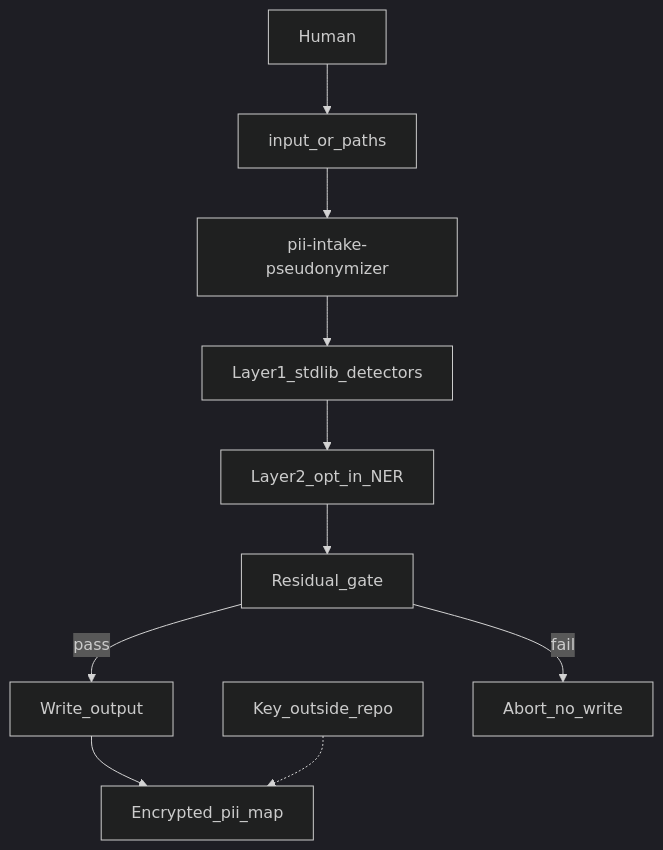
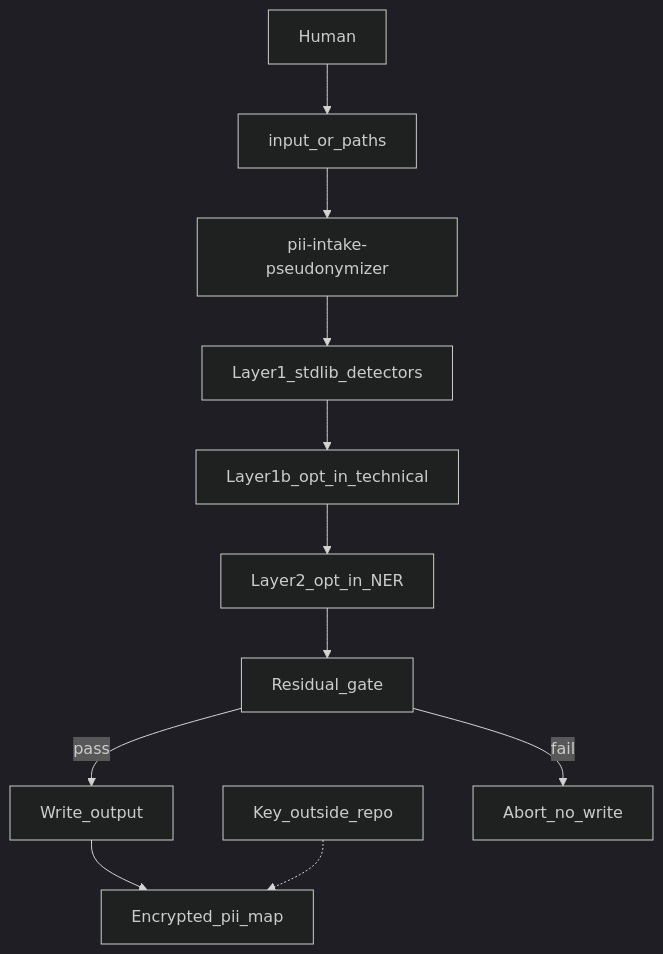
The diagram in docs/architecture/README.md (alkitect/pii-intake-pseudonymizer), drawn with Mermaid (dark theme) before and after one commit. The commit also changed other lines of this file and 10 other files, not shown here.

First line of the commit message:
docs(docs): document Layer 1b technical scrub and --also-technical

````diff
--- a/docs/architecture/README.md
+++ b/docs/architecture/README.md
@@ -17,19 +17,20 @@
 ```mermaid
 flowchart TB
   human[Human]
   input[input_or_paths]
   cli[pii-intake-pseudonymizer]
   layer1[Layer1_stdlib_detectors]
+  layer1b[Layer1b_opt_in_technical]
   layer2[Layer2_opt_in_NER]
   residual[Residual_gate]
   write[Write_output]
   map[Encrypted_pii_map]
   key[Key_outside_repo]
   abort[Abort_no_write]
   human --> input --> cli
-  cli --> layer1 --> layer2 --> residual
+  cli --> layer1 --> layer1b --> layer2 --> residual
   residual -->|pass| write
   residual -->|fail| abort
   write --> map
   key -.-> map
 ```
````
